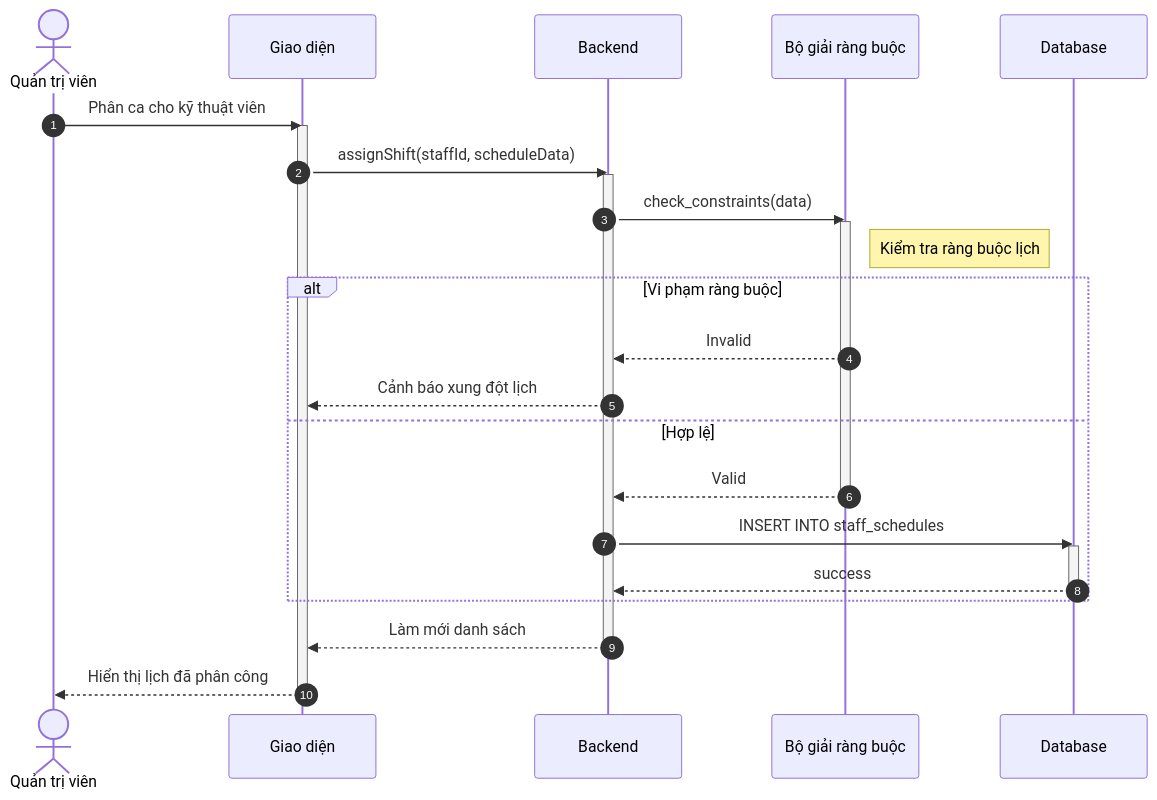
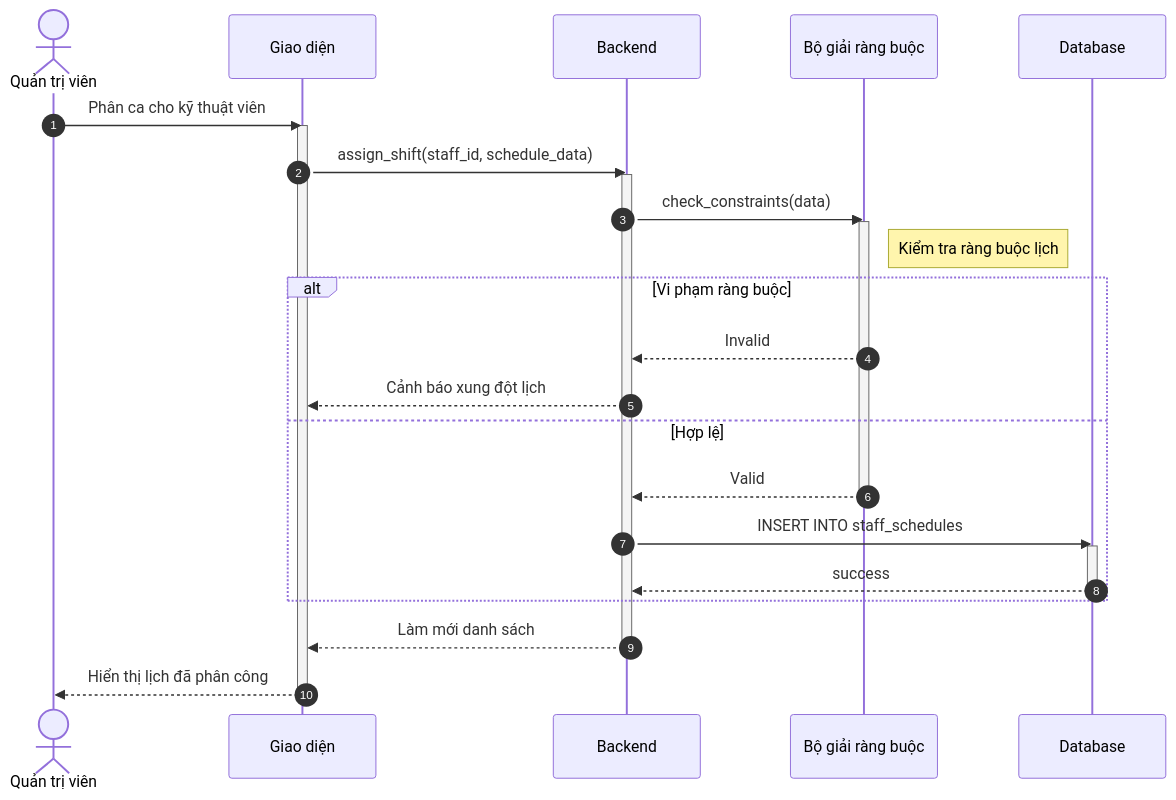
The third of 11 diagrams in docs/design/sequences/admin_flows.md (ngoctinn/Synapse), drawn with Mermaid before and after one commit. The commit also changed other lines of this file and 7 other files, not shown here.

Commit message:
docs: Add initial design documentation for system flows, use cases, and data specification.

````diff
--- a/docs/design/sequences/admin_flows.md
+++ b/docs/design/sequences/admin_flows.md
@@ -146,36 +130,36 @@
 ```mermaid
 sequenceDiagram
     autonumber
     actor QTV as Quản trị viên
     participant UI as Giao diện
     participant BE as Backend
     participant SOLVER as Bộ giải ràng buộc
     participant DB as Database
 
     QTV->>UI: Phân ca cho kỹ thuật viên
     activate UI
-    UI->>BE: assignShift(staffId, scheduleData)
+    UI->>BE: assign_shift(staff_id, schedule_data)
     activate BE
 
     BE->>SOLVER: check_constraints(data)
     activate SOLVER
     note right of SOLVER: Kiểm tra ràng buộc lịch
 
     alt Vi phạm ràng buộc
         SOLVER-->>BE: Invalid
         BE-->>UI: Cảnh báo xung đột lịch
     else Hợp lệ
         SOLVER-->>BE: Valid
         deactivate SOLVER
         BE->>DB: INSERT INTO staff_schedules
         activate DB
         DB-->>BE: success
         deactivate DB
     end
 
     BE-->>UI: Làm mới danh sách
     deactivate BE
 
     UI-->>QTV: Hiển thị lịch đã phân công
     deactivate UI
 ```
````
